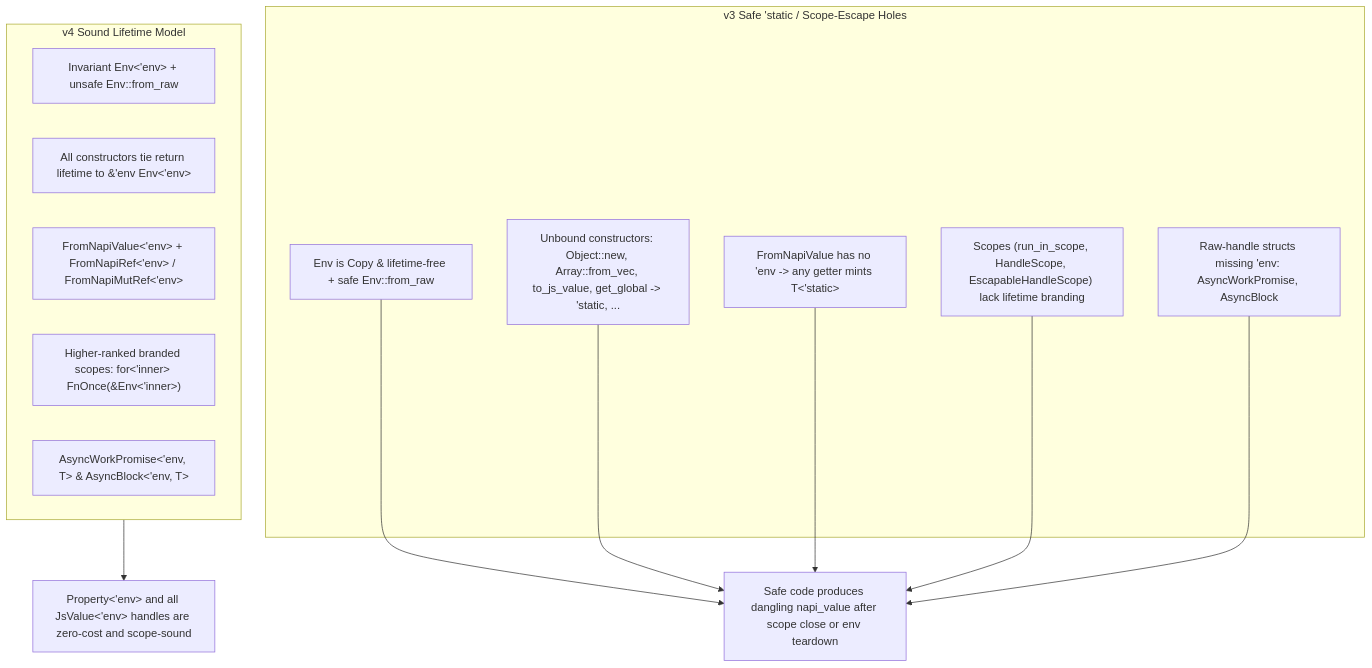
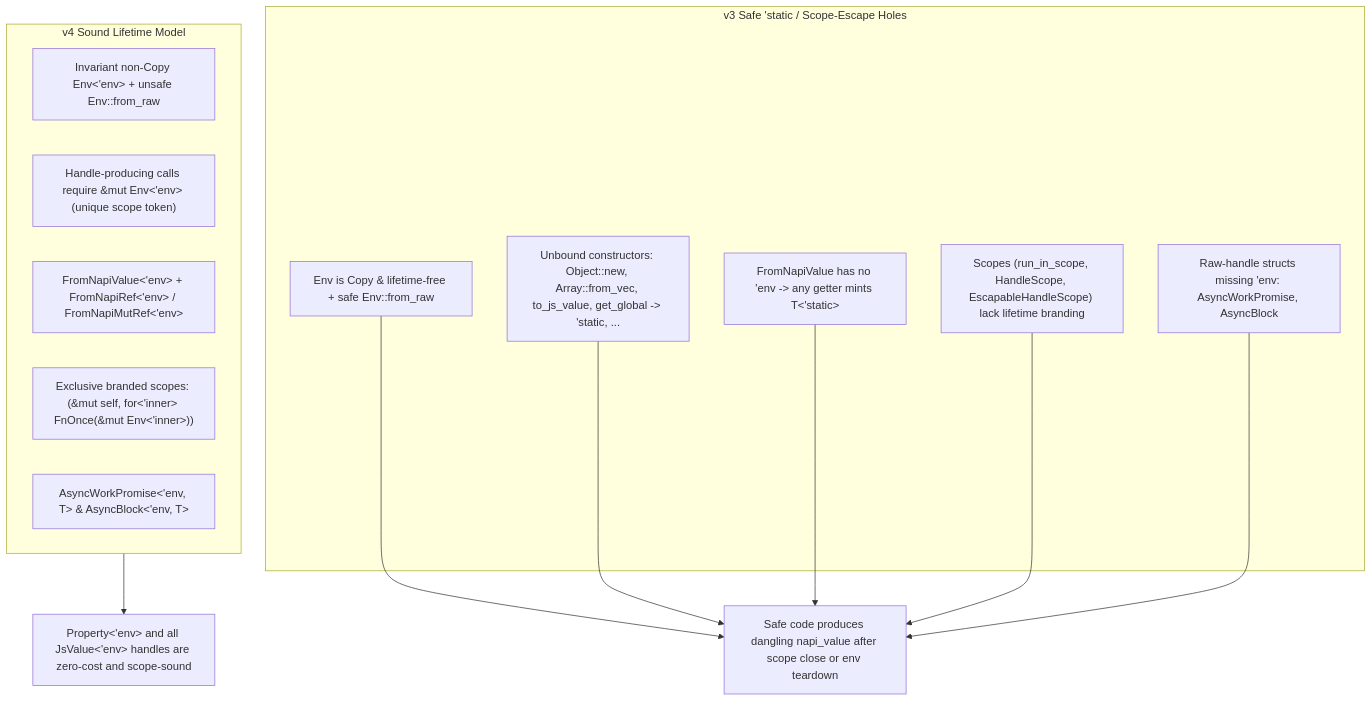
One commit to napi-rs/napi-rs changed the third of 4 diagrams in docs/v4-breaking-changes.md. Above: the diagram before and after it, drawn with Mermaid. The commit also changed other lines of this file and 2 other files, not shown here.

````diff
--- a/docs/v4-breaking-changes.md
+++ b/docs/v4-breaking-changes.md
@@ -84,22 +84,22 @@
 ```mermaid
 flowchart TD
   subgraph Holes["v3 Safe 'static / Scope-Escape Holes"]
     H1["Env is Copy & lifetime-free + safe Env::from_raw"]
     H2["Unbound constructors: Object::new, Array::from_vec, to_js_value, get_global -> 'static, ..."]
     H3["FromNapiValue has no 'env -> any getter mints T<'static>"]
     H4["Scopes (run_in_scope, HandleScope, EscapableHandleScope) lack lifetime branding"]
     H5["Raw-handle structs missing 'env: AsyncWorkPromise<T>, AsyncBlock<T>"]
   end
 
   H1 & H2 & H3 & H4 & H5 --> Leak["Safe code produces dangling napi_value after scope close or env teardown"]
 
   subgraph Fix["v4 Sound Lifetime Model"]
-    F1["Invariant Env<'env> + unsafe Env::from_raw"]
-    F2["All constructors tie return lifetime to &'env Env<'env>"]
+    F1["Invariant non-Copy Env<'env> + unsafe Env::from_raw"]
+    F2["Handle-producing calls require &mut Env<'env> (unique scope token)"]
     F3["FromNapiValue<'env> + FromNapiRef<'env> / FromNapiMutRef<'env>"]
-    F4["Higher-ranked branded scopes: for<'inner> FnOnce(&Env<'inner>)"]
+    F4["Exclusive branded scopes: (&mut self, for<'inner> FnOnce(&mut Env<'inner>))"]
     F5["AsyncWorkPromise<'env, T> & AsyncBlock<'env, T>"]
   end
 
   Fix --> Safe["Property<'env> and all JsValue<'env> handles are zero-cost and scope-sound"]
 ```
````
